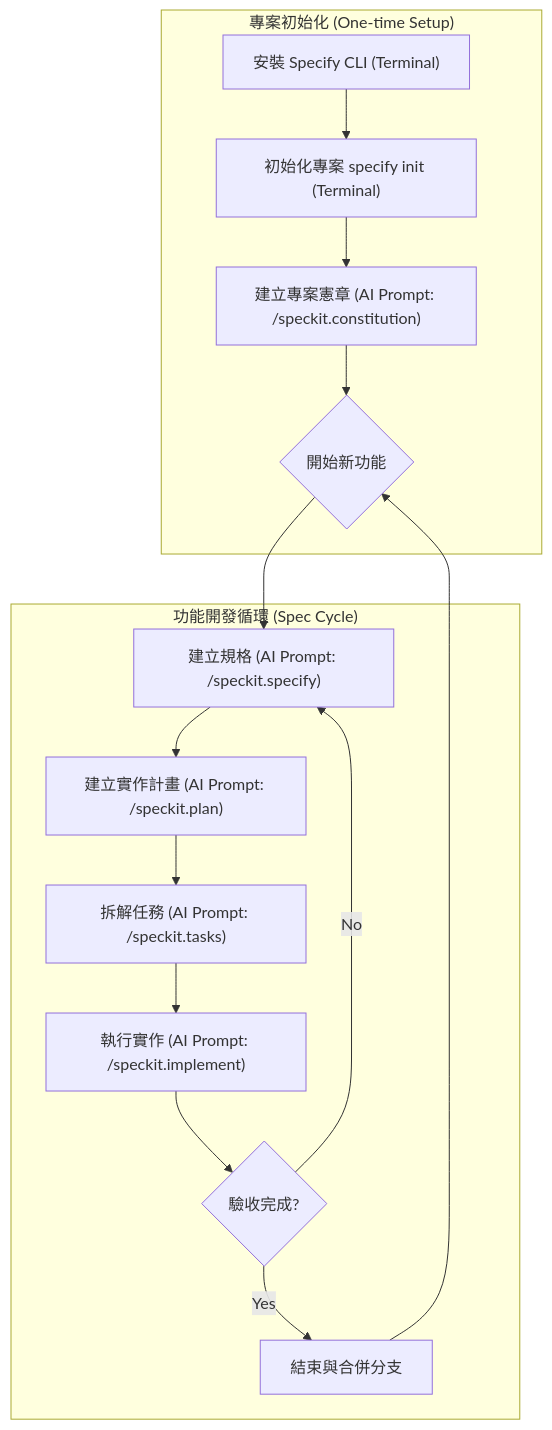
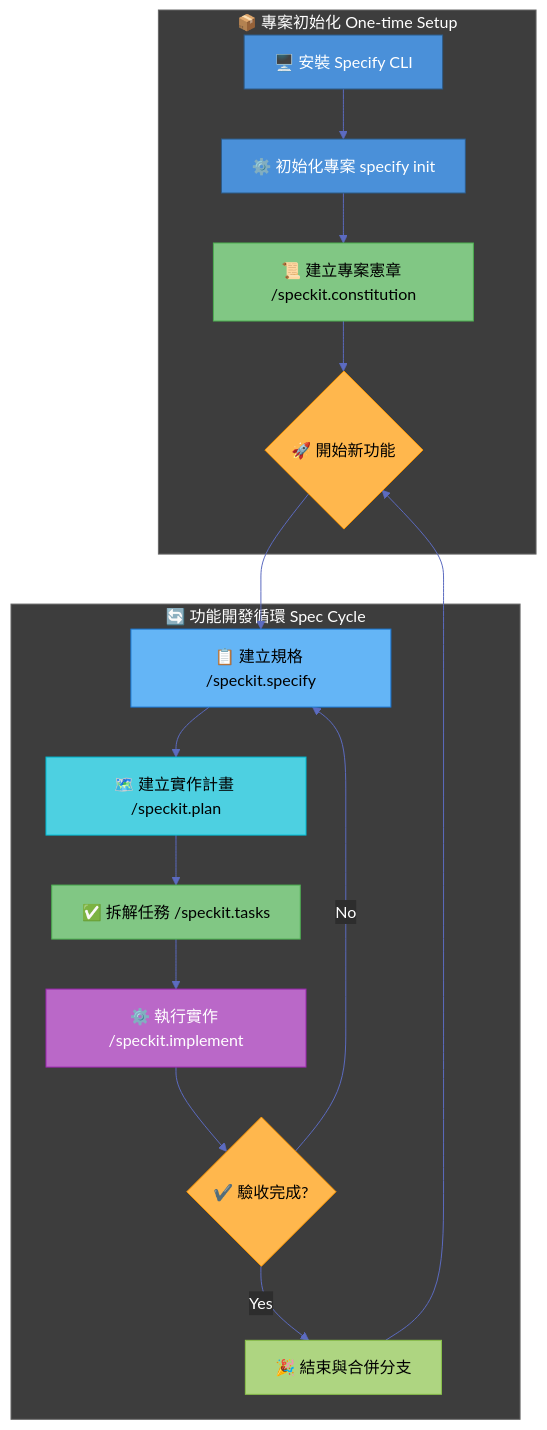
One commit to w9wen/AI_Odyssey changed the first of 11 diagrams in docs/GitHub Spec Kit.md. Above: the diagram before and after it, drawn with Mermaid. The commit also changed other lines of this file, not shown here.

First line of the commit message:
Enhance GitHub Spec Kit documentation with detailed flowcharts and directory structure analysis

````diff
--- a/docs/GitHub Spec Kit.md
+++ b/docs/GitHub Spec Kit.md
@@ -71,19 +71,43 @@
 ```mermaid
+%%{init: {'theme': 'base', 'themeVariables': { 'primaryColor': '#4a90d9', 'primaryTextColor': '#ffffff', 'primaryBorderColor': '#2d5a87', 'lineColor': '#5c6bc0', 'secondaryColor': '#81c784', 'tertiaryColor': '#fff59d', 'background': '#1e1e1e', 'mainBkg': '#2d2d2d', 'nodeBorder': '#888888', 'clusterBkg': '#3d3d3d', 'clusterBorder': '#666666', 'titleColor': '#ffffff', 'edgeLabelBackground': '#2d2d2d'}}}%%
 graph TD
-    subgraph "專案初始化 (One-time Setup)"
-        Install["安裝 Specify CLI (Terminal)"] --> Init["初始化專案 specify init (Terminal)"]
-        Init --> Constitution["建立專案憲章 (AI Prompt: /speckit.constitution)"]
-        Constitution --> StartCycle{"開始新功能"}
+    subgraph INIT["📦 專案初始化 One-time Setup"]
+        Install["🖥️ 安裝 Specify CLI"]
+        Init["⚙️ 初始化專案 specify init"]
+        Constitution["📜 建立專案憲章 /speckit.constitution"]
+        StartCycle{"🚀 開始新功能"}
+        
+        Install --> Init
+        Init --> Constitution
+        Constitution --> StartCycle
     end
 
-    subgraph "功能開發循環 (Spec Cycle)"
-        StartCycle --> Specify["建立規格 (AI Prompt: /speckit.specify)"]
-        Specify --> Plan["建立實作計畫 (AI Prompt: /speckit.plan)"]
-        Plan --> Tasks["拆解任務 (AI Prompt: /speckit.tasks)"]
-        Tasks --> Implement["執行實作 (AI Prompt: /speckit.implement)"]
-        Implement --> Review{"驗收完成?"}
-        Review -- No --> Specify
-        Review -- Yes --> Finish["結束與合併分支"]
+    subgraph CYCLE["🔄 功能開發循環 Spec Cycle"]
+        Specify["📋 建立規格 /speckit.specify"]
+        Plan["🗺️ 建立實作計畫 /speckit.plan"]
+        Tasks["✅ 拆解任務 /speckit.tasks"]
+        Implement["⚙️ 執行實作 /speckit.implement"]
+        Review{"✔️ 驗收完成?"}
+        Finish["🎉 結束與合併分支"]
+        
+        StartCycle --> Specify
+        Specify --> Plan
+        Plan --> Tasks
+        Tasks --> Implement
+        Implement --> Review
+        Review -->|No| Specify
+        Review -->|Yes| Finish
         Finish --> StartCycle
     end
+
+    style Install fill:#4a90d9,stroke:#2d5a87,color:#fff
+    style Init fill:#4a90d9,stroke:#2d5a87,color:#fff
+    style Constitution fill:#81c784,stroke:#4caf50,color:#000
+    style StartCycle fill:#ffb74d,stroke:#ff9800,color:#000
+    style Specify fill:#64b5f6,stroke:#1976d2,color:#000
+    style Plan fill:#4dd0e1,stroke:#00bcd4,color:#000
+    style Tasks fill:#81c784,stroke:#4caf50,color:#000
+    style Implement fill:#ba68c8,stroke:#9c27b0,color:#fff
+    style Review fill:#ffb74d,stroke:#ff9800,color:#000
+    style Finish fill:#aed581,stroke:#8bc34a,color:#000
 ```
````
